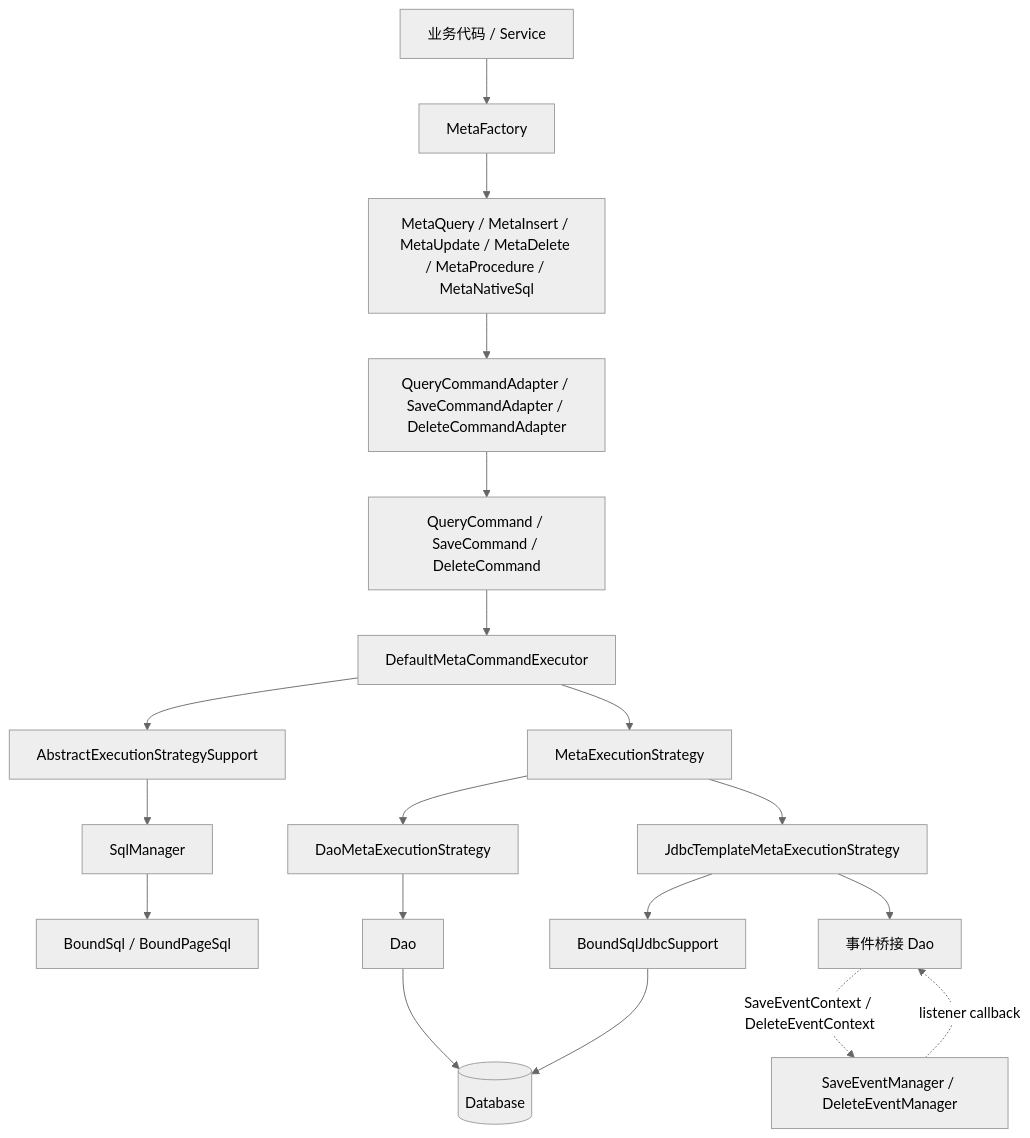
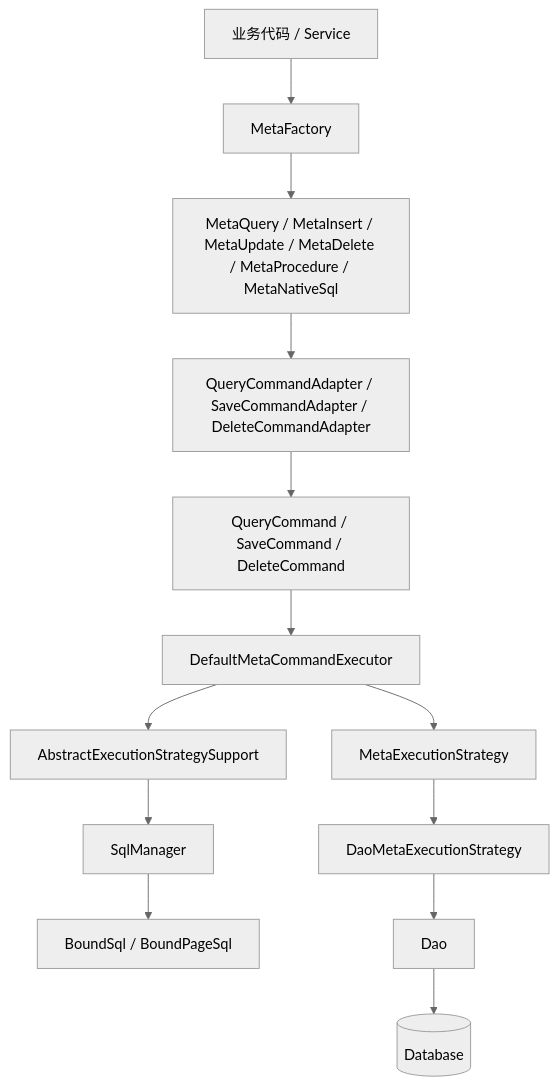
Before and after one commit to geelato-projects/geelato-community-backend: the first of 3 diagrams in docs/orm/backend-fluent-dsl-guide.md, drawn with Mermaid (neutral theme). The commit also changed other lines of this file and 79 other files, not shown here.

````diff
--- a/docs/orm/backend-fluent-dsl-guide.md
+++ b/docs/orm/backend-fluent-dsl-guide.md
@@ -54,25 +51,18 @@
 ```mermaid
 graph TD
     A[业务代码 / Service] --> B[MetaFactory]
     B --> C[MetaQuery / MetaInsert / MetaUpdate / MetaDelete / MetaProcedure / MetaNativeSql]
     C --> D[QueryCommandAdapter / SaveCommandAdapter / DeleteCommandAdapter]
     D --> E[QueryCommand / SaveCommand / DeleteCommand]
     E --> F[DefaultMetaCommandExecutor]
 
     F --> G[AbstractExecutionStrategySupport]
     G --> H[SqlManager]
     H --> I[BoundSql / BoundPageSql]
 
     F --> J[MetaExecutionStrategy]
     J --> K[DaoMetaExecutionStrategy]
-    J --> L[JdbcTemplateMetaExecutionStrategy]
 
     K --> M[Dao]
-    L --> N[BoundSqlJdbcSupport]
-    L --> O[事件桥接 Dao]
-
     M --> P[(Database)]
-    N --> P
-    O -. SaveEventContext / DeleteEventContext .-> Q[SaveEventManager / DeleteEventManager]
-    Q -. listener callback .-> O
 ```
````
